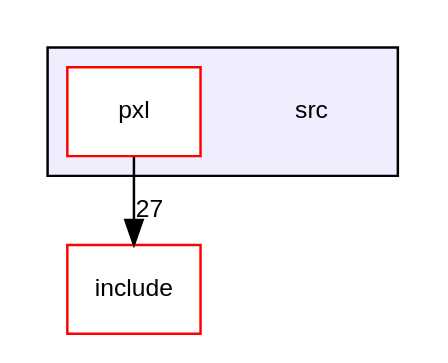
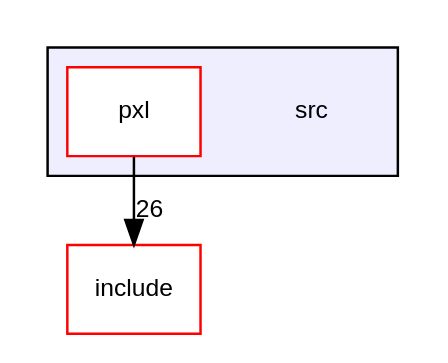
The diagram in dir_68267d1309a1af8e8297ef4c3efbcdba_dep.dot (Pixel-Lib/Pixel), drawn with Graphviz before and after one commit. The commit also changed 159 other files, not shown here.

```diff
--- a/dir_68267d1309a1af8e8297ef4c3efbcdba_dep.dot
+++ b/dir_68267d1309a1af8e8297ef4c3efbcdba_dep.dot
@@ -1,12 +1,12 @@
 digraph "src" {
   compound=true
   node [ fontsize="10", fontname="Helvetica"];
   edge [ labelfontsize="10", labelfontname="Helvetica"];
   subgraph clusterdir_68267d1309a1af8e8297ef4c3efbcdba {
     graph [ bgcolor="#eeeeff", pencolor="black", label="" URL="dir_68267d1309a1af8e8297ef4c3efbcdba.html"];
     dir_68267d1309a1af8e8297ef4c3efbcdba [shape=plaintext label="src"];
   dir_87a857eff530ad659c1a04633acb58d5 [shape=box label="pxl" fillcolor="white" style="filled" color="red" URL="dir_87a857eff530ad659c1a04633acb58d5.html"];
   }
   dir_d44c64559bbebec7f509842c48db8b23 [shape=box label="include" fillcolor="white" style="filled" color="red" URL="dir_d44c64559bbebec7f509842c48db8b23.html"];
-  dir_87a857eff530ad659c1a04633acb58d5->dir_d44c64559bbebec7f509842c48db8b23 [headlabel="27", labeldistance=1.5 headhref="dir_000005_000000.html"];
+  dir_87a857eff530ad659c1a04633acb58d5->dir_d44c64559bbebec7f509842c48db8b23 [headlabel="26", labeldistance=1.5 headhref="dir_000005_000000.html"];
 }
```
